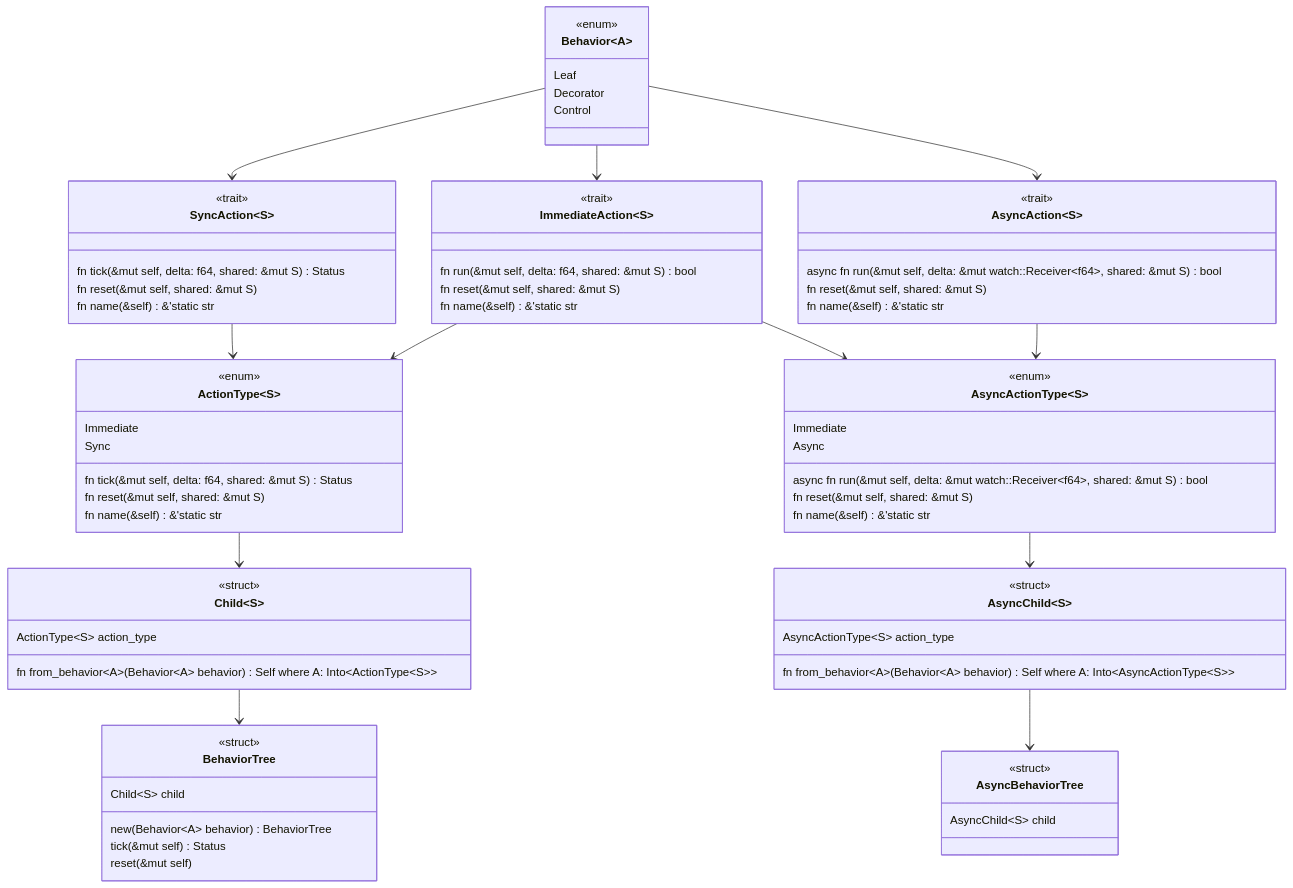
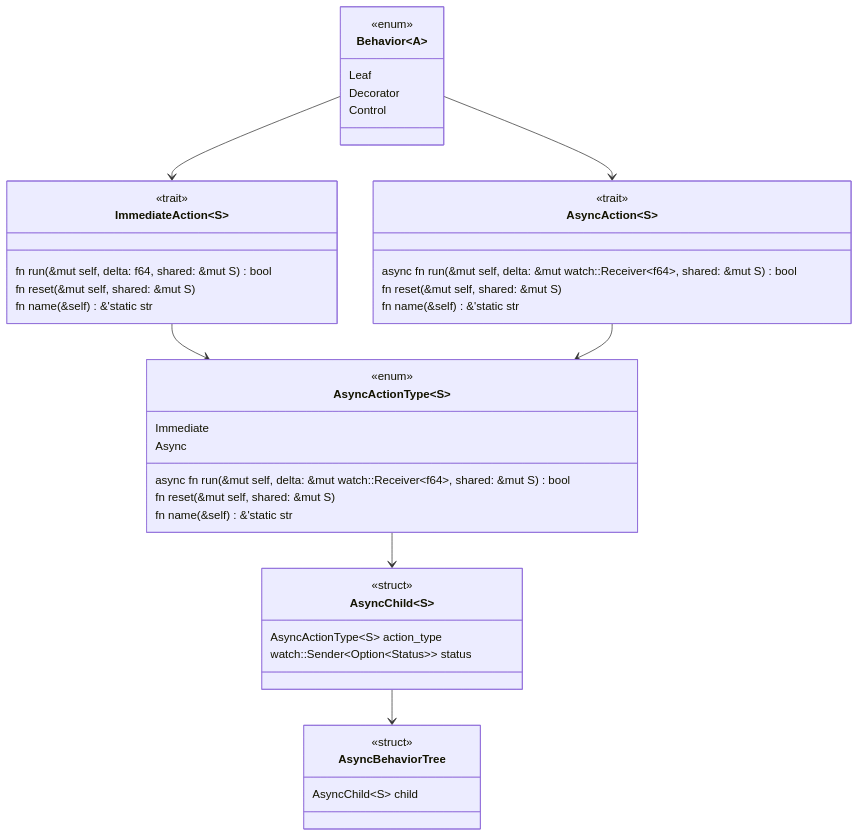
Before and after one commit to coder137/behaviortree-rs: the diagram in README.md, drawn with Mermaid. The commit also changed other lines of this file and 15 other files, not shown here.

```diff
--- a/README.md
+++ b/README.md
@@ -19,26 +23,9 @@
     fn name(&self) &'static str
 }
 
-class SyncAction~S~ {
-    <<trait>>
-    fn tick(&mut self, delta: f64, shared: &mut S) Status
-    fn reset(&mut self, shared: &mut S)
-    fn name(&self) &'static str
-}
-
 class AsyncAction~S~ {
     <<trait>>
     async fn run(&mut self, delta: &mut watch::Receiver~f64~, shared: &mut S) bool
-    fn reset(&mut self, shared: &mut S)
-    fn name(&self) &'static str
-}
-
-class ActionType~S~ {
-    <<enum>>
-    Immediate
-    Sync
-
-    fn tick(&mut self, delta: f64, shared: &mut S) Status
     fn reset(&mut self, shared: &mut S)
     fn name(&self) &'static str
 }
@@ -53,27 +40,10 @@
     fn name(&self) &'static str
 }
 
-class Child~S~ {
-    <<struct>>
-    ActionType~S~ action_type
-
-    fn from_behavior~A~(Behavior~A~ behavior) Self where A: Into~ActionType~S~~
-}
-
 class AsyncChild~S~ {
     <<struct>>
     AsyncActionType~S~ action_type
-
-    fn from_behavior~A~(Behavior~A~ behavior) Self where A: Into~AsyncActionType~S~~
-}
-
-class BehaviorTree {
-    <<struct>>
-    Child~S~ child
-
-    new(Behavior~A~ behavior) BehaviorTree
-    tick(&mut self) Status
-    reset(&mut self)
+    watch::Sender~Option~Status~~ status
 }
 
 class AsyncBehaviorTree {
@@ -82,16 +52,10 @@
 }
 
 Behavior --> ImmediateAction
-Behavior --> SyncAction
 Behavior --> AsyncAction
 
-SyncAction --> ActionType
-ImmediateAction --> ActionType
 ImmediateAction --> AsyncActionType
 AsyncAction --> AsyncActionType
-
-ActionType --> Child
-Child --> BehaviorTree
 
 AsyncActionType --> AsyncChild
 AsyncChild --> AsyncBehaviorTree
```
